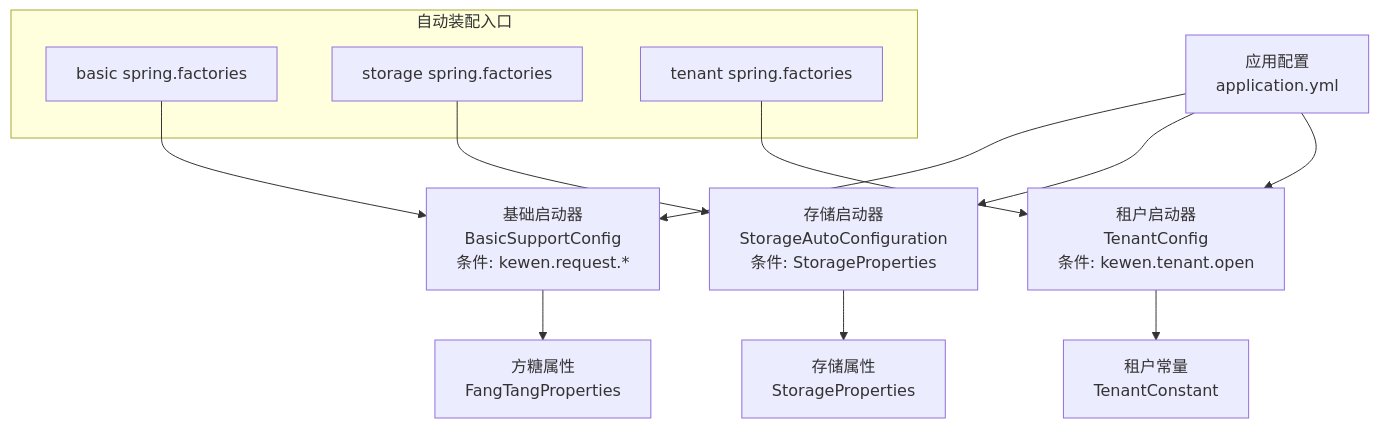
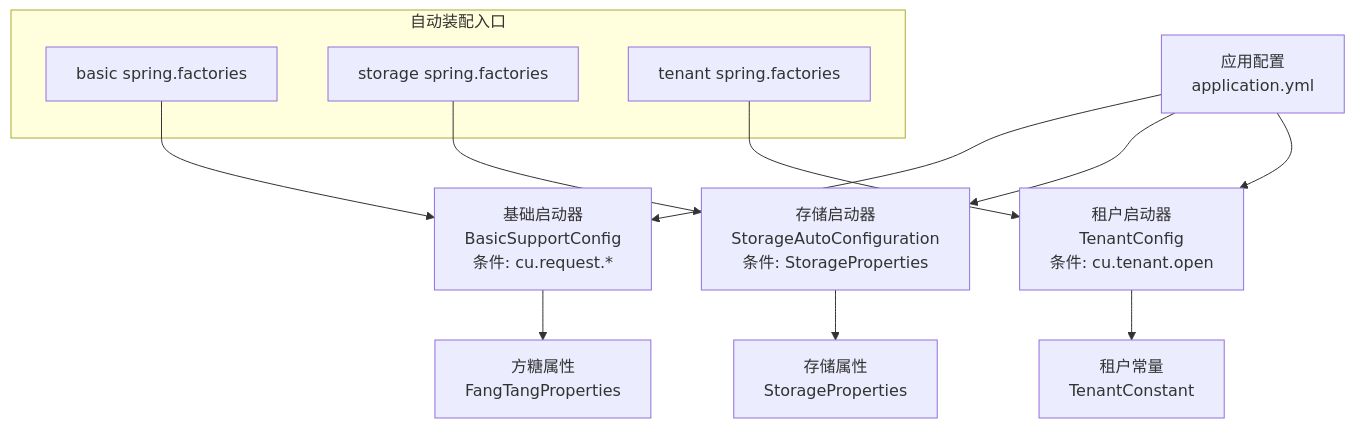
One commit to LiukewenSC/kewen-framework changed the second of 6 diagrams in .qoder/repowiki/zh/content/配置指南/模块配置.md. Above: the diagram before and after it, drawn with Mermaid. The commit also changed other lines of this file and 764 other files, not shown here.

````diff
--- a/.qoder/repowiki/zh/content/配置指南/模块配置.md
+++ b/.qoder/repowiki/zh/content/配置指南/模块配置.md
@@ -129,17 +129,17 @@
 ```mermaid
 graph TB
-A["应用配置<br/>application.yml"] --> B["基础启动器<br/>BasicSupportConfig<br/>条件: kewen.request.*"]
+A["应用配置<br/>application.yml"] --> B["基础启动器<br/>BasicSupportConfig<br/>条件: cu.request.*"]
 A --> C["存储启动器<br/>StorageAutoConfiguration<br/>条件: StorageProperties"]
-A --> D["租户启动器<br/>TenantConfig<br/>条件: kewen.tenant.open"]
+A --> D["租户启动器<br/>TenantConfig<br/>条件: cu.tenant.open"]
 B --> E["方糖属性<br/>FangTangProperties"]
 C --> F["存储属性<br/>StorageProperties"]
 D --> G["租户常量<br/>TenantConstant"]
 subgraph "自动装配入口"
 H["basic spring.factories"]
 I["storage spring.factories"]
 J["tenant spring.factories"]
 end
 H --> B
 I --> C
 J --> D
 ```
````
